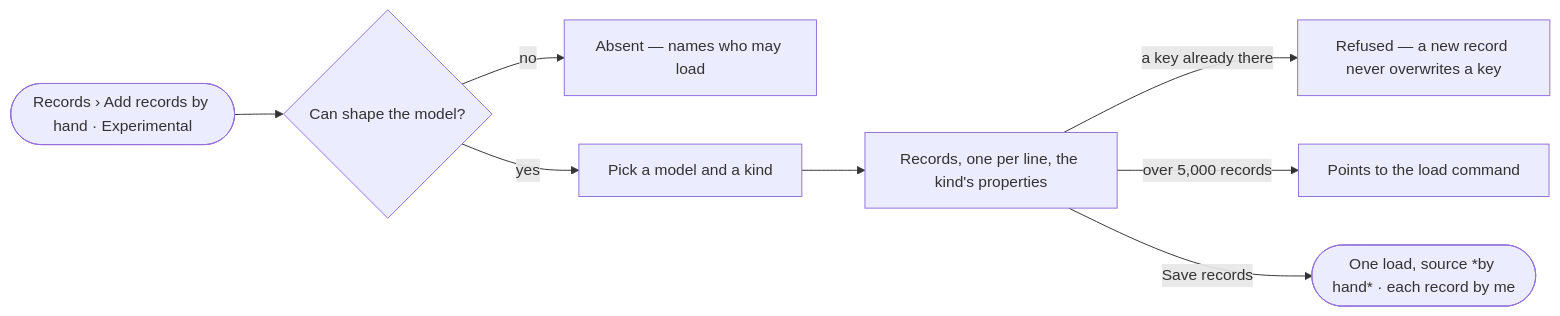
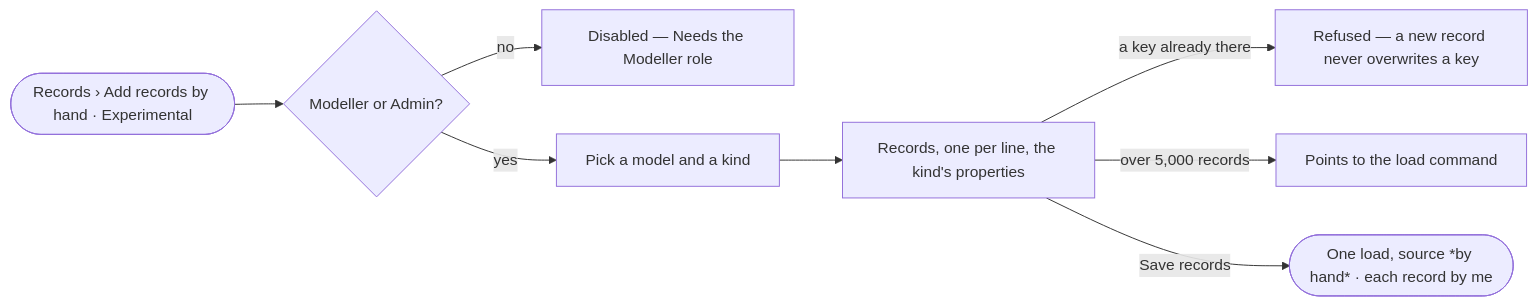
The diagram in specs/capabilities/records/features/RC-F02-bring-records-in/stories/RC-11-add-a-few-records-by-hand/story.md (invana/invana), drawn with Mermaid before and after one commit. The commit also changed other lines of this file and 300 other files, not shown here.

````diff
--- a/specs/capabilities/records/features/RC-F02-bring-records-in/stories/RC-11-add-a-few-records-by-hand/story.md
+++ b/specs/capabilities/records/features/RC-F02-bring-records-in/stories/RC-11-add-a-few-records-by-hand/story.md
@@ -26,10 +28,10 @@
 ```mermaid
 flowchart LR
-  a([Records › Add records by hand · Experimental]) --> g{Can shape the model?}
-  g -->|no| na["Absent — names who may load"]
+  a([Records › Add records by hand · Experimental]) --> g{Modeller or Admin?}
+  g -->|no| na["Disabled — Needs the Modeller role"]
   g -->|yes| k["Pick a model and a kind"]
   k --> rows["Records, one per line, the kind's properties"]
   rows -->|a key already there| kx["Refused — a new record never overwrites a key"]
   rows -->|over 5,000 records| big["Points to the load command"]
   rows -->|Save records| ok(["One load, source *by hand* · each record by me"])
 ```
````
